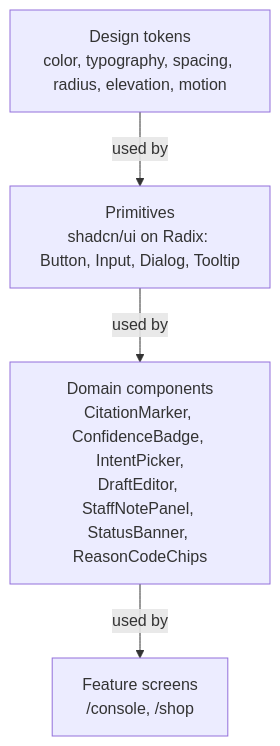
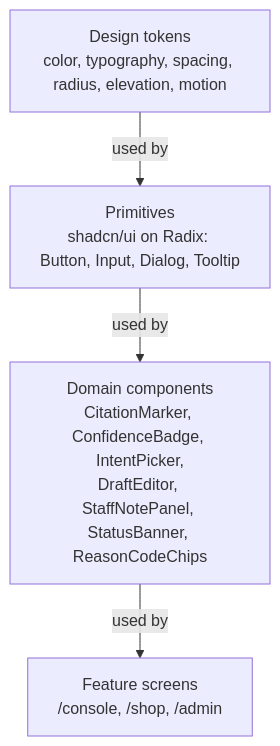
Before and after one commit to ml-system-design-nhom-5/SupportIQ: the diagram in docs/rules/ui.md, drawn with Mermaid. The commit also changed other lines of this file and 53 other files, not shown here.

````diff
--- a/docs/rules/ui.md
+++ b/docs/rules/ui.md
@@ -17,6 +17,6 @@
 ```mermaid
 flowchart TB
     T["Design tokens<br/>color, typography, spacing, radius, elevation, motion"] -->|"used by"| P["Primitives<br/>shadcn/ui on Radix: Button, Input, Dialog, Tooltip"]
     P -->|"used by"| D["Domain components<br/>CitationMarker, ConfidenceBadge, IntentPicker,<br/>DraftEditor, StaffNotePanel, StatusBanner, ReasonCodeChips"]
-    D -->|"used by"| S["Feature screens<br/>/console, /shop"]
+    D -->|"used by"| S["Feature screens<br/>/console, /shop, /admin"]
 ```
````
